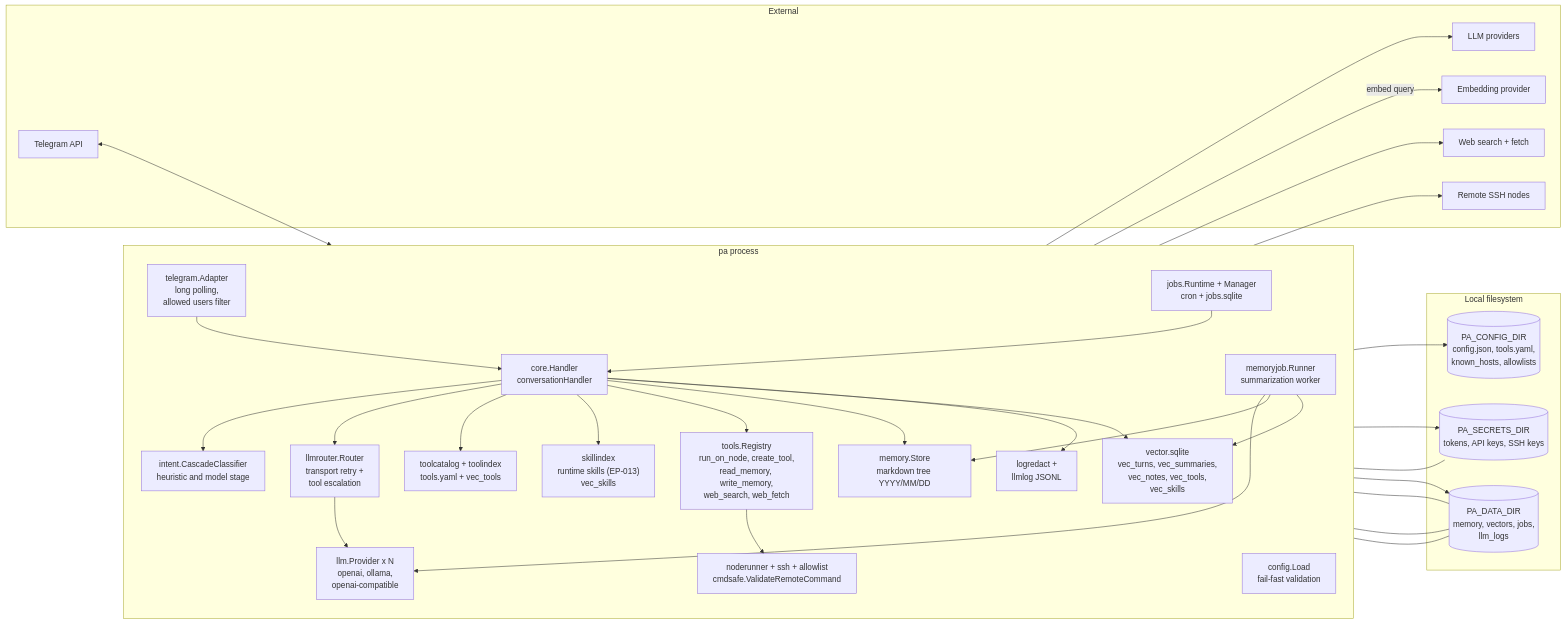
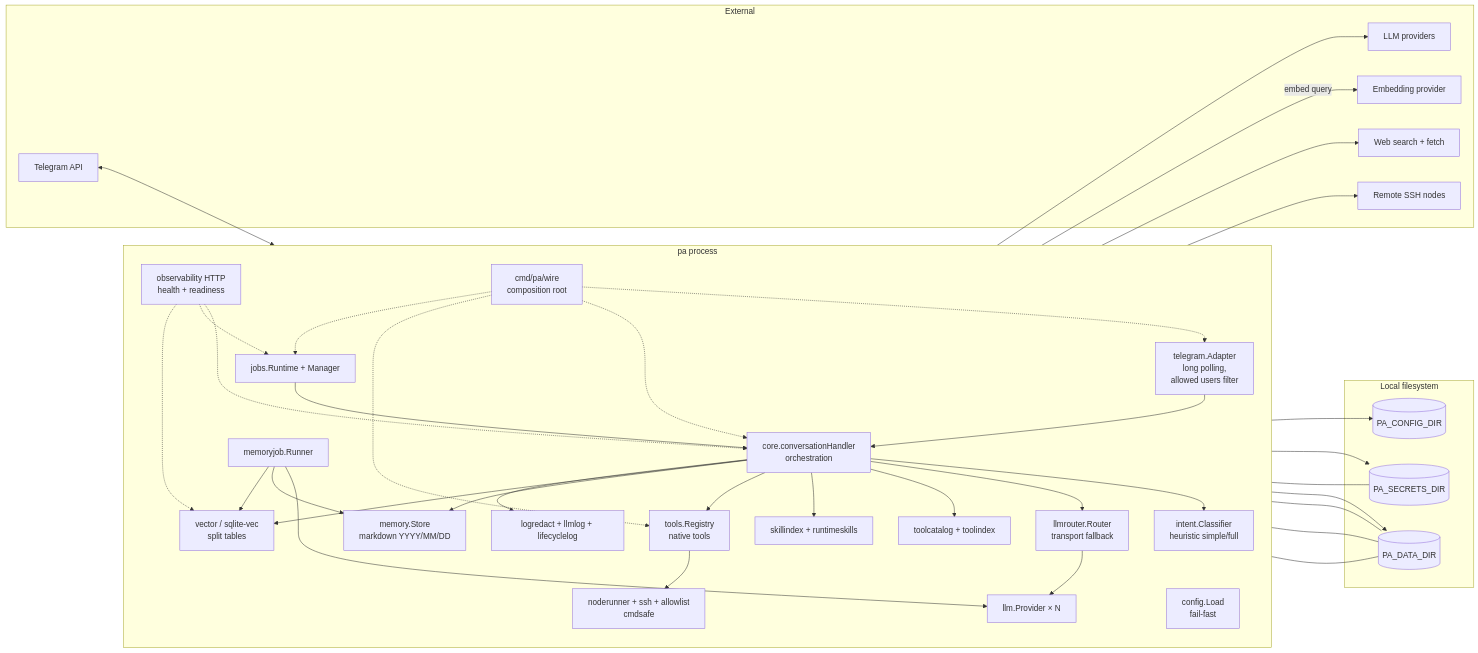
The second of 3 diagrams in ai-sdlc-artefacts/pa-architecture-review.md (asubbot/personal-assistant), drawn with Mermaid before and after one commit. The commit also changed other lines of this file and 1 other file, not shown here.

Commit message:
Refresh architecture review for post-0.02 codebase and ignore .code-graph.

````diff
--- a/ai-sdlc-artefacts/pa-architecture-review.md
+++ b/ai-sdlc-artefacts/pa-architecture-review.md
@@ -60,59 +65,68 @@
 ```mermaid
 flowchart LR
   subgraph External
     TGAPI[Telegram API]
     LLMAPI[LLM providers]
     EMBAPI[Embedding provider]
     WEBAPI[Web search + fetch]
     RNODES[Remote SSH nodes]
   end
 
   subgraph PAProc["pa process"]
     direction TB
     ADP["telegram.Adapter<br/>long polling,<br/>allowed users filter"]
-    CORE["core.Handler<br/>conversationHandler"]
-    INT["intent.CascadeClassifier<br/>heuristic and model stage"]
-    ROUTER["llmrouter.Router<br/>transport retry +<br/>tool escalation"]
-    LLMP["llm.Provider x N<br/>openai, ollama,<br/>openai-compatible"]
-    TCAT["toolcatalog + toolindex<br/>tools.yaml + vec_tools"]
-    SIDX["skillindex<br/>runtime skills (EP-013)<br/>vec_skills"]
-    MEM["memory.Store<br/>markdown tree YYYY/MM/DD"]
-    VEC["vector.sqlite<br/>vec_turns, vec_summaries,<br/>vec_notes, vec_tools,<br/>vec_skills"]
-    MJOB["memoryjob.Runner<br/>summarization worker"]
-    JOBS["jobs.Runtime + Manager<br/>cron + jobs.sqlite"]
-    NR["noderunner + ssh + allowlist<br/>cmdsafe.ValidateRemoteCommand"]
-    TOOLS["tools.Registry<br/>run_on_node, create_tool,<br/>read_memory, write_memory,<br/>web_search, web_fetch"]
-    LREDACT["logredact +<br/>llmlog JSONL"]
-    CFG["config.Load<br/>fail-fast validation"]
+    CORE["core.conversationHandler<br/>orchestration"]
+    INT["intent.Classifier<br/>heuristic simple/full"]
+    ROUTER["llmrouter.Router<br/>transport fallback"]
+    LLMP["llm.Provider × N"]
+    TCAT["toolcatalog + toolindex"]
+    SIDX["skillindex + runtimeskills"]
+    MEM["memory.Store<br/>markdown YYYY/MM/DD"]
+    VEC["vector / sqlite-vec<br/>split tables"]
+    MJOB["memoryjob.Runner"]
+    JOBS["jobs.Runtime + Manager"]
+    NR["noderunner + ssh + allowlist<br/>cmdsafe"]
+    TOOLS["tools.Registry<br/>native tools"]
+    OBS["observability HTTP<br/>health + readiness"]
+    LREDACT["logredact + llmlog + lifecyclelog"]
+    CFG["config.Load<br/>fail-fast"]
+    WIRE["cmd/pa/wire<br/>composition root"]
   end
 
   subgraph LocalFS["Local filesystem"]
-    CONF[(PA_CONFIG_DIR<br/>config.json, tools.yaml,<br/>known_hosts, allowlists)]
-    SECRETS[(PA_SECRETS_DIR<br/>tokens, API keys, SSH keys)]
-    DATA[(PA_DATA_DIR<br/>memory, vectors, jobs,<br/>llm_logs)]
+    CONF[(PA_CONFIG_DIR)]
+    SECRETS[(PA_SECRETS_DIR)]
+    DATA[(PA_DATA_DIR)]
   end
 
   TGAPI <--> ADP --> CORE
   CORE --> INT
   CORE --> ROUTER --> LLMP --> LLMAPI
   CORE -->|embed query| EMBAPI
   CORE --> TCAT
   CORE --> SIDX
   CORE --> TOOLS
   TOOLS --> NR --> RNODES
   TOOLS --> WEBAPI
   CORE --> MEM
   CORE --> VEC
   MJOB --> LLMP
   MJOB --> MEM
   MJOB --> VEC
   JOBS --> CORE
   CORE --> LREDACT
+  OBS -.-> CORE
+  OBS -.-> JOBS
+  OBS -.-> VEC
+  WIRE -.-> ADP
+  WIRE -.-> CORE
+  WIRE -.-> TOOLS
+  WIRE -.-> JOBS
   CFG --> CONF
   CORE --> SECRETS
   CORE --> DATA
   MEM --- DATA
   VEC --- DATA
   JOBS --- DATA
   NR --- SECRETS
 ```
````
